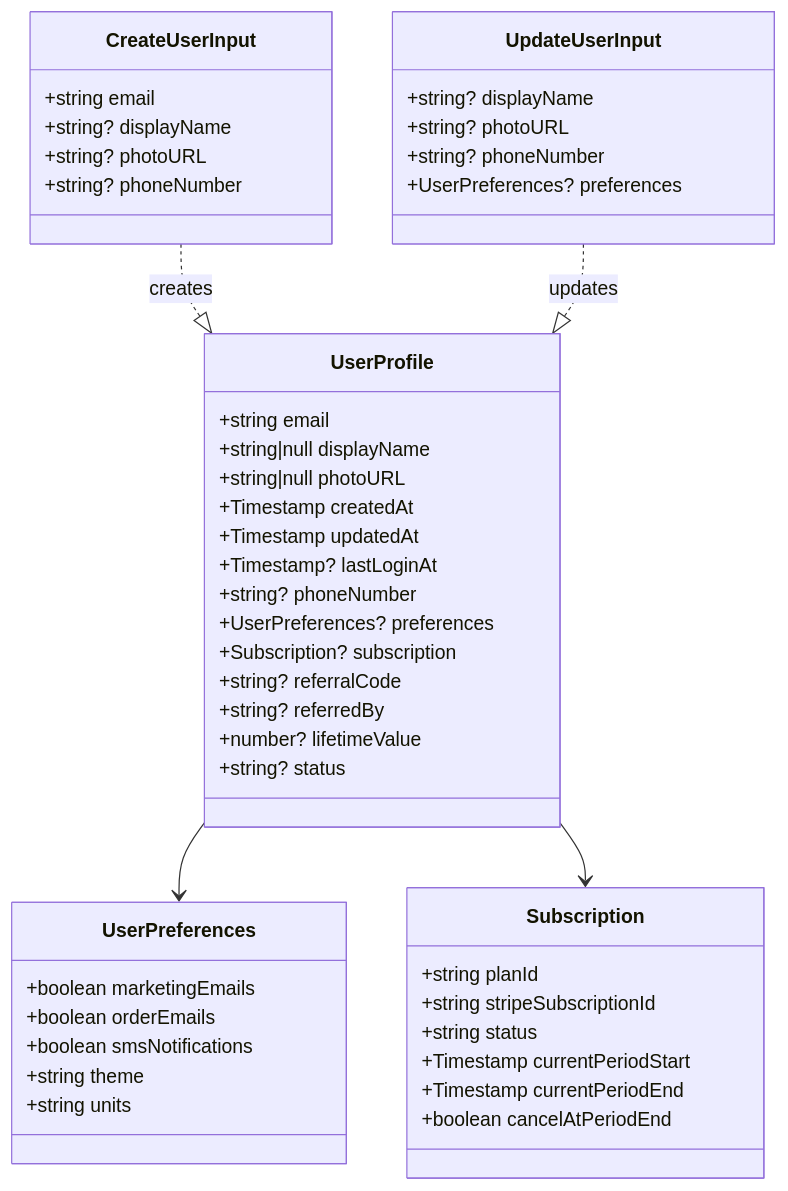
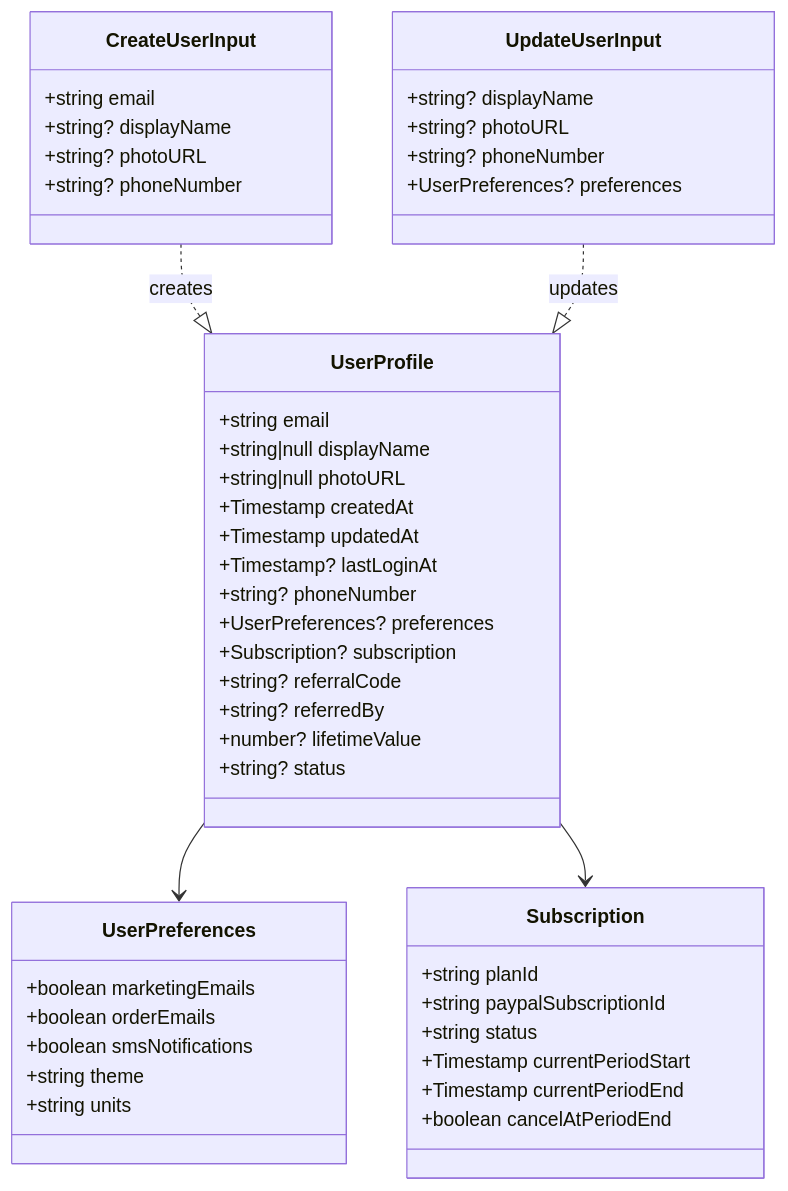
Before and after one commit to digitalboostplus/apex-labs: the seventh of 11 diagrams in schemas/SCHEMA_DIAGRAM.md, drawn with Mermaid. The commit also changed 30 other files, not shown here.

````diff
--- a/schemas/SCHEMA_DIAGRAM.md
+++ b/schemas/SCHEMA_DIAGRAM.md
@@ -302,54 +302,54 @@
 ```mermaid
 classDiagram
     class UserProfile {
         +string email
         +string|null displayName
         +string|null photoURL
         +Timestamp createdAt
         +Timestamp updatedAt
         +Timestamp? lastLoginAt
         +string? phoneNumber
         +UserPreferences? preferences
         +Subscription? subscription
         +string? referralCode
         +string? referredBy
         +number? lifetimeValue
         +string? status
     }
 
     class UserPreferences {
         +boolean marketingEmails
         +boolean orderEmails
         +boolean smsNotifications
         +string theme
         +string units
     }
 
     class Subscription {
         +string planId
-        +string stripeSubscriptionId
+        +string paypalSubscriptionId
         +string status
         +Timestamp currentPeriodStart
         +Timestamp currentPeriodEnd
         +boolean cancelAtPeriodEnd
     }
 
     class CreateUserInput {
         +string email
         +string? displayName
         +string? photoURL
         +string? phoneNumber
     }
 
     class UpdateUserInput {
         +string? displayName
         +string? photoURL
         +string? phoneNumber
         +UserPreferences? preferences
     }
 
     UserProfile --> UserPreferences
     UserProfile --> Subscription
     CreateUserInput ..|> UserProfile : creates
     UpdateUserInput ..|> UserProfile : updates
 ```
````
